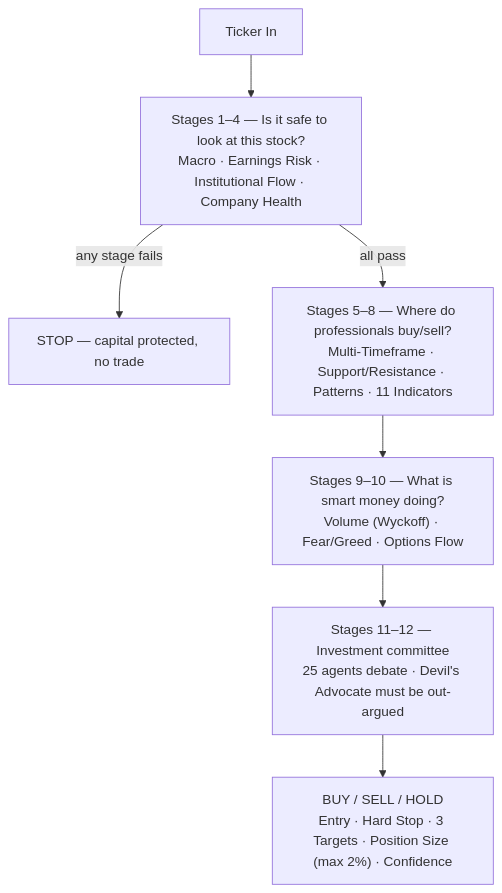
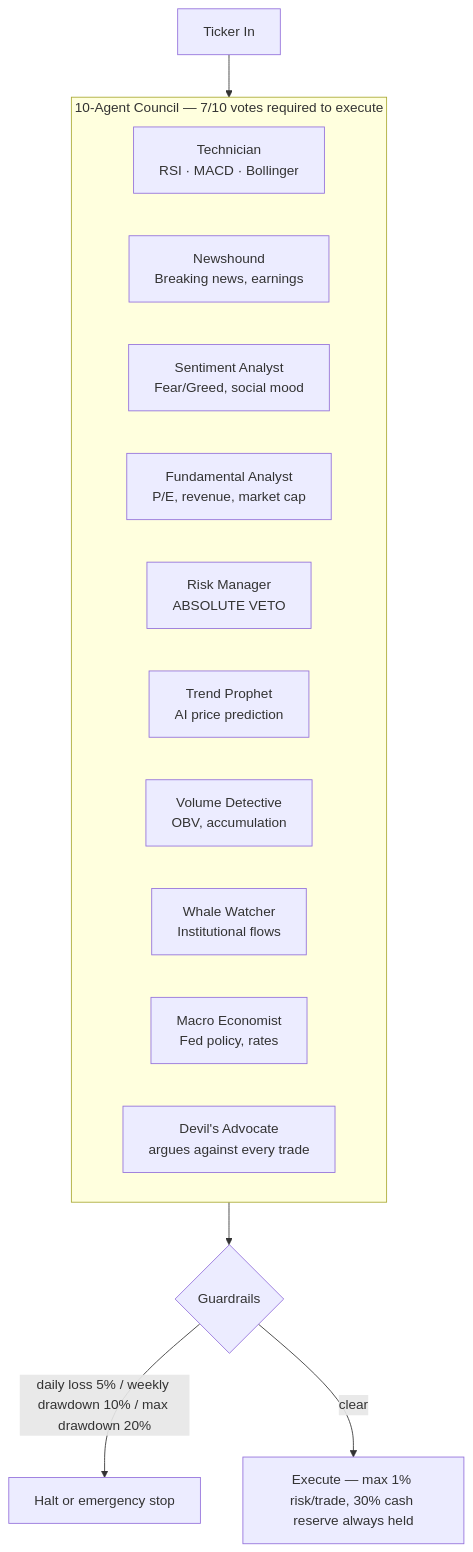
Before and after one commit to IamTharunsai/IamTharunsai: the second of 3 diagrams in README.md, drawn with Mermaid. The commit also changed other lines of this file, not shown here.

````diff
--- a/README.md
+++ b/README.md
@@ -141,9 +145,22 @@
 ```mermaid
 flowchart TD
-    T["Ticker In"] --> S1["Stages 1–4 — Is it safe to look at this stock?<br/>Macro · Earnings Risk · Institutional Flow · Company Health"]
-    S1 -- any stage fails --> STOP["STOP — capital protected, no trade"]
-    S1 -- all pass --> S2["Stages 5–8 — Where do professionals buy/sell?<br/>Multi-Timeframe · Support/Resistance · Patterns · 11 Indicators"]
-    S2 --> S3["Stages 9–10 — What is smart money doing?<br/>Volume (Wyckoff) · Fear/Greed · Options Flow"]
-    S3 --> S4["Stages 11–12 — Investment committee<br/>25 agents debate · Devil's Advocate must be out-argued"]
-    S4 --> OUT["BUY / SELL / HOLD<br/>Entry · Hard Stop · 3 Targets · Position Size (max 2%) · Confidence"]
+    IN["Ticker In"] --> COUNCIL
+
+    subgraph COUNCIL["10-Agent Council — 7/10 votes required to execute"]
+        direction LR
+        A1["Technician<br/>RSI · MACD · Bollinger"]
+        A2["Newshound<br/>Breaking news, earnings"]
+        A3["Sentiment Analyst<br/>Fear/Greed, social mood"]
+        A4["Fundamental Analyst<br/>P/E, revenue, market cap"]
+        A5["Risk Manager<br/>ABSOLUTE VETO"]
+        A6["Trend Prophet<br/>AI price prediction"]
+        A7["Volume Detective<br/>OBV, accumulation"]
+        A8["Whale Watcher<br/>Institutional flows"]
+        A9["Macro Economist<br/>Fed policy, rates"]
+        A10["Devil's Advocate<br/>argues against every trade"]
+    end
+
+    COUNCIL --> GUARD{"Guardrails"}
+    GUARD -- "daily loss 5% / weekly drawdown 10% / max drawdown 20%" --> HALT["Halt or emergency stop"]
+    GUARD -- clear --> OUT["Execute — max 1% risk/trade, 30% cash reserve always held"]
 ```
````
